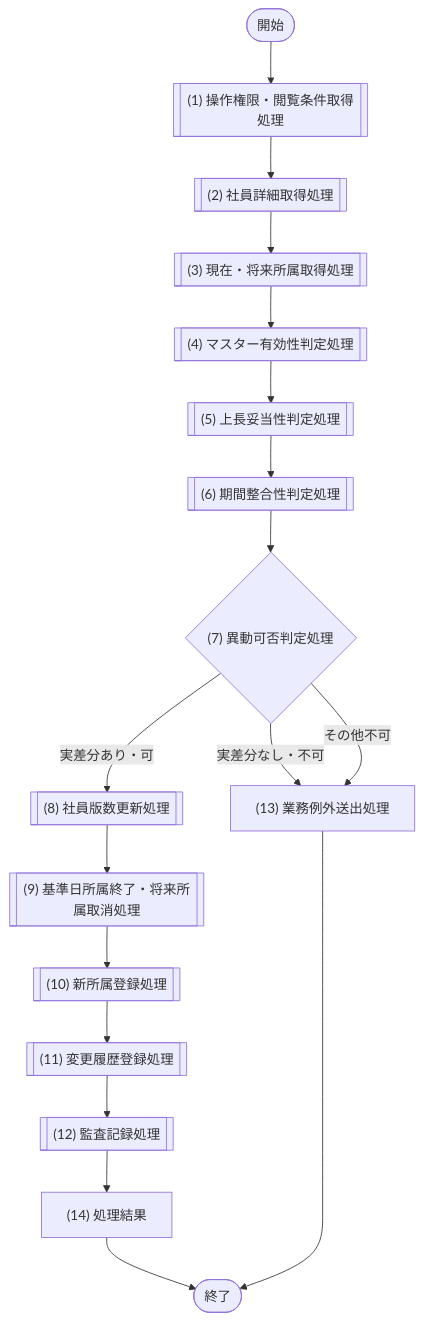
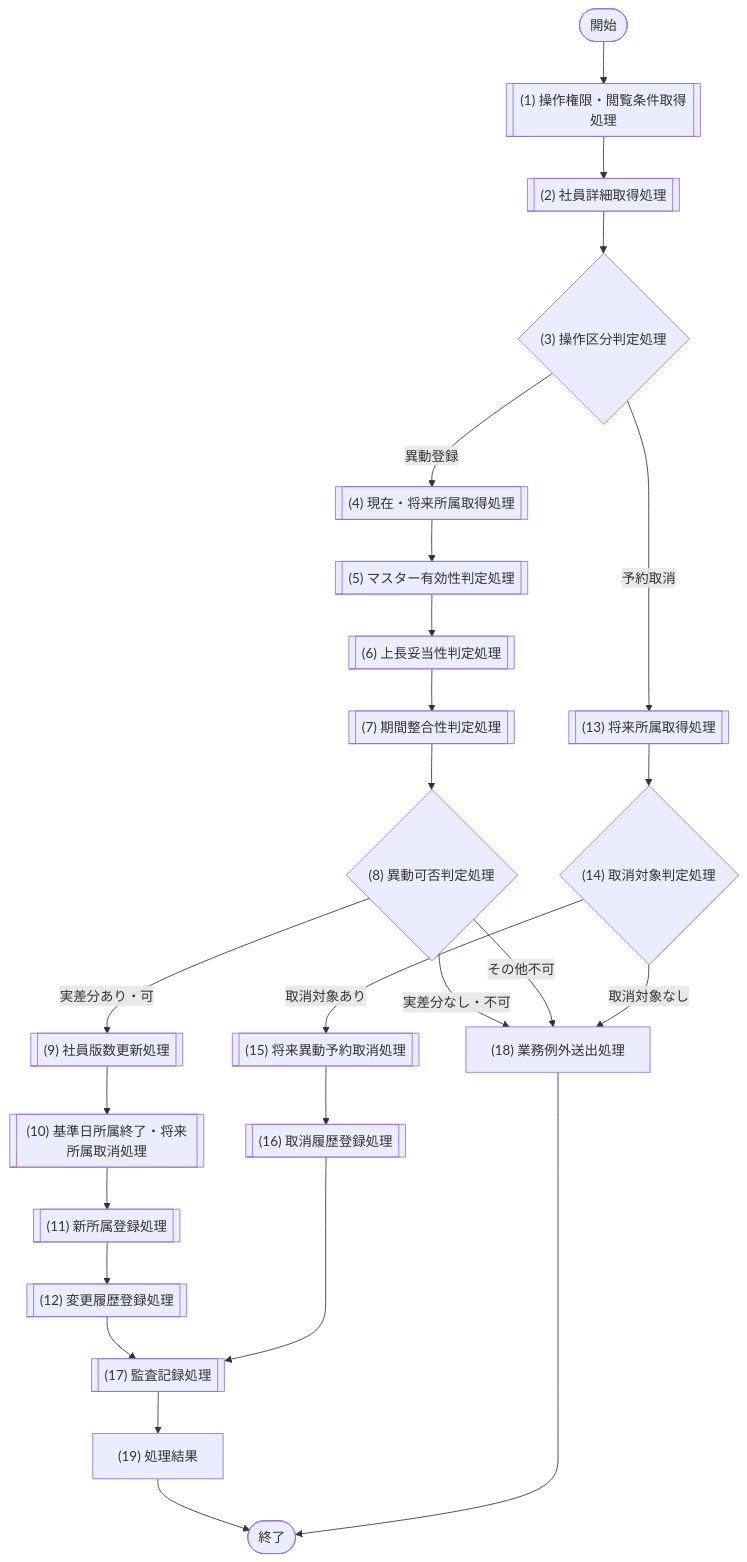
Before and after one commit to sikakou54/system-document-template: the seventh of 24 diagrams in 社員名簿管理システム/07_モジュール設計.md, drawn with Mermaid. The commit also changed other lines of this file and 21 other files, not shown here.

````diff
--- a/社員名簿管理システム/07_モジュール設計.md
+++ b/社員名簿管理システム/07_モジュール設計.md
@@ -371,7 +377,11 @@
 ```mermaid
 flowchart TD
-  Start([開始]) --> P1[["(1) 操作権限・閲覧条件取得処理"]] --> P2[["(2) 社員詳細取得処理"]] --> P3[["(3) 現在・将来所属取得処理"]] --> P4[["(4) マスター有効性判定処理"]] --> P5[["(5) 上長妥当性判定処理"]] --> P6[["(6) 期間整合性判定処理"]] --> D1{"(7) 異動可否判定処理"}
-  D1 -- 実差分あり・可 --> P7[["(8) 社員版数更新処理"]] --> P8[["(9) 基準日所属終了・将来所属取消処理"]] --> P9[["(10) 新所属登録処理"]] --> P10[["(11) 変更履歴登録処理"]] --> P11[["(12) 監査記録処理"]] --> P12["(14) 処理結果"] --> End([終了])
-  D1 -- 実差分なし・不可 --> E1["(13) 業務例外送出処理"] --> End
+  Start([開始]) --> P1[["(1) 操作権限・閲覧条件取得処理"]] --> P2[["(2) 社員詳細取得処理"]] --> D0{"(3) 操作区分判定処理"}
+  D0 -- 異動登録 --> P3[["(4) 現在・将来所属取得処理"]] --> P4[["(5) マスター有効性判定処理"]] --> P5[["(6) 上長妥当性判定処理"]] --> P6[["(7) 期間整合性判定処理"]] --> D1{"(8) 異動可否判定処理"}
+  D1 -- 実差分あり・可 --> P7[["(9) 社員版数更新処理"]] --> P8[["(10) 基準日所属終了・将来所属取消処理"]] --> P9[["(11) 新所属登録処理"]] --> P10[["(12) 変更履歴登録処理"]] --> P11[["(17) 監査記録処理"]] --> P12["(19) 処理結果"] --> End([終了])
+  D1 -- 実差分なし・不可 --> E1["(18) 業務例外送出処理"] --> End
   D1 -- その他不可 --> E1
+  D0 -- 予約取消 --> P13[["(13) 将来所属取得処理"]] --> D2{"(14) 取消対象判定処理"}
+  D2 -- 取消対象あり --> P14[["(15) 将来異動予約取消処理"]] --> P15[["(16) 取消履歴登録処理"]] --> P11
+  D2 -- 取消対象なし --> E1
 ```
````
